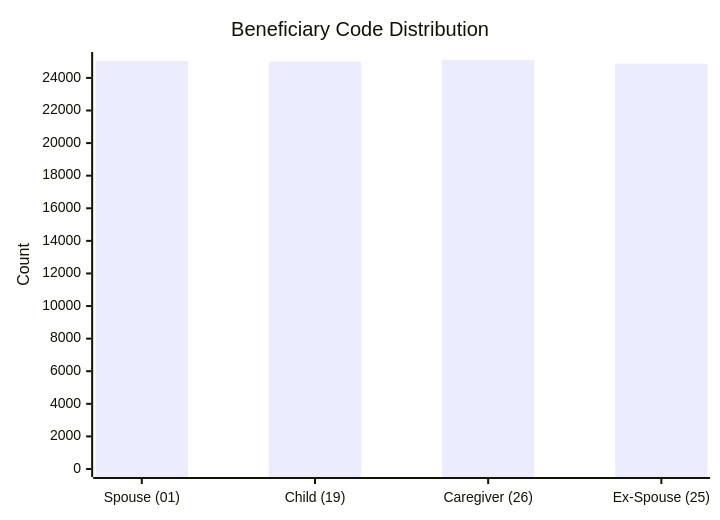
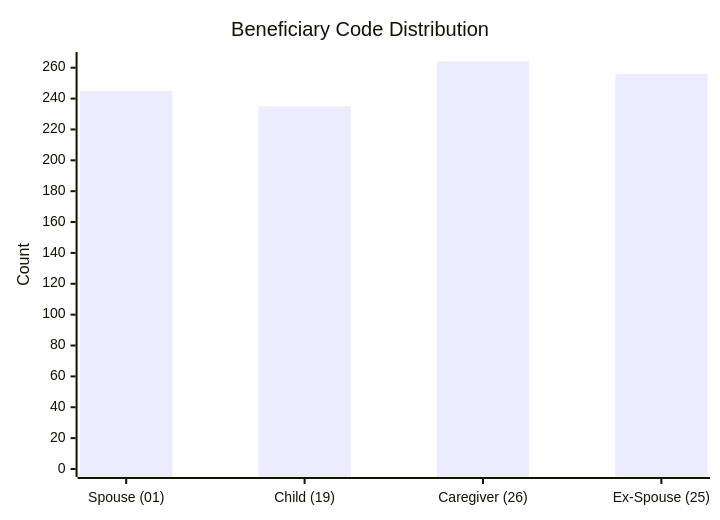
The seventh of 10 diagrams in test-tools/DataGen/src/Statistics_Visualizer.md (dhagan-va/intern-2025), drawn with Mermaid before and after one commit. The commit also changed other lines of this file, not shown here.

````diff
--- a/test-tools/DataGen/src/Statistics_Visualizer.md
+++ b/test-tools/DataGen/src/Statistics_Visualizer.md
@@ -77,7 +78,7 @@
 ```mermaid
 xychart-beta
     title "Beneficiary Code Distribution"
     x-axis ["Spouse (01)", "Child (19)", "Caregiver (26)", "Ex-Spouse (25)"]
-    y-axis "Count" 0 --> 25099
-    bar [25029, 24999, 25098, 24874]
+    y-axis "Count" 0 --> 265
+    bar [245, 235, 264, 256]
 ```
````
